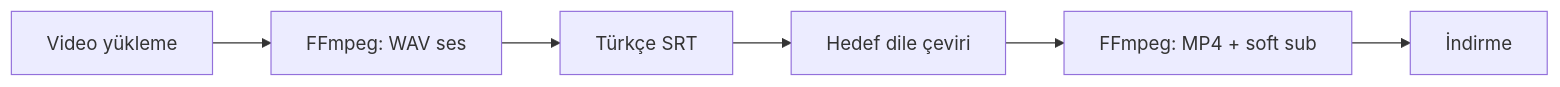
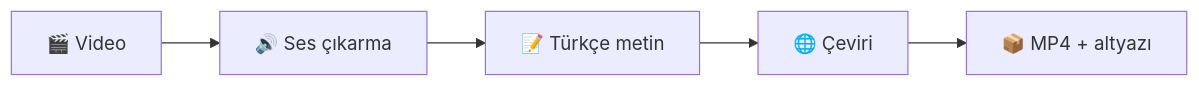
Before and after one commit to gokturkdogan/sub-frame: the diagram in README.md, drawn with Mermaid. The commit also changed other lines of this file and 12 other files, not shown here.

````diff
--- a/README.md
+++ b/README.md
@@ -19,8 +35,7 @@
 ```mermaid
 flowchart LR
-  A[Video yükleme] --> B[FFmpeg: WAV ses]
-  B --> C[Türkçe SRT]
-  C --> D[Hedef dile çeviri]
-  D --> E[FFmpeg: MP4 + soft sub]
-  E --> F[İndirme]
+  A["🎬 Video"] --> B["🔊 Ses çıkarma"]
+  B --> C["📝 Türkçe metin"]
+  C --> D["🌐 Çeviri"]
+  D --> E["📦 MP4 + altyazı"]
 ```
````
